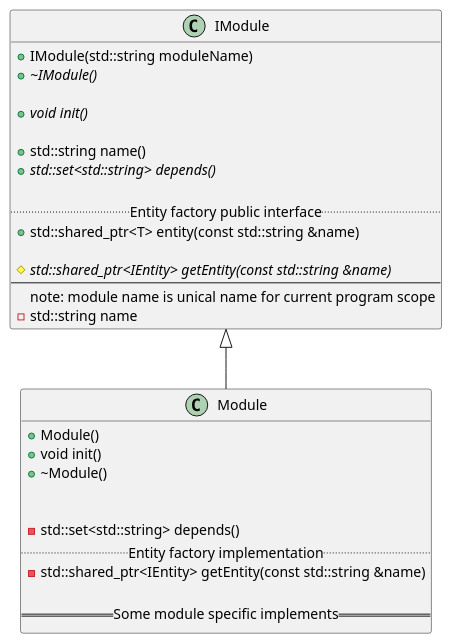
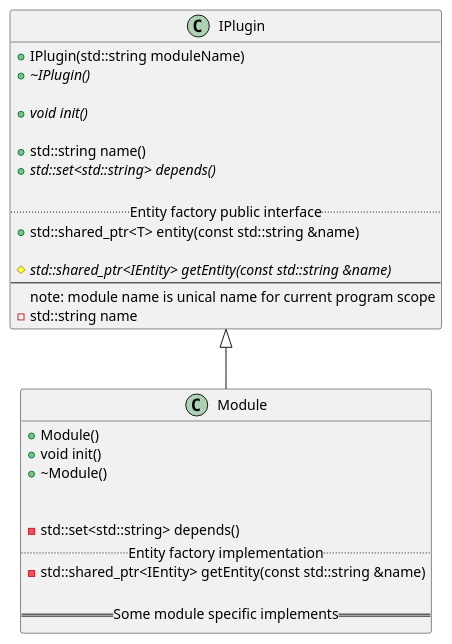
Before and after one commit to no111u3/laptop_control: the diagram in doc/module.puml, drawn with PlantUML. The commit also changed 12 other files, not shown here.

```diff
--- a/doc/module.puml
+++ b/doc/module.puml
@@ -1,34 +1,34 @@
 @startuml
-IModule <|-- Module
+IPlugin <|-- Module
 
-class IModule {
-    + IModule(std::string moduleName)
-    {abstract} + ~IModule()
+class IPlugin {
+    + IPlugin(std::string moduleName)
+    {abstract} + ~IPlugin()
     
     {abstract} + void init()
 
     + std::string name()
     {abstract} + std::set<std::string> depends()
     
     .. Entity factory public interface ..
     + std::shared_ptr<T> entity(const std::string &name)
     
     # {abstract} std::shared_ptr<IEntity> getEntity(const std::string &name)
     ----
     note: module name is unical name for current program scope
     - std::string name
 }
 
 class Module {
     + Module()
     + void init()
     + ~Module()
     
 
     - std::set<std::string> depends()
     .. Entity factory implementation ..
     - std::shared_ptr<IEntity> getEntity(const std::string &name)
     
     == Some module specific implements ==
 }
 @enduml
```
